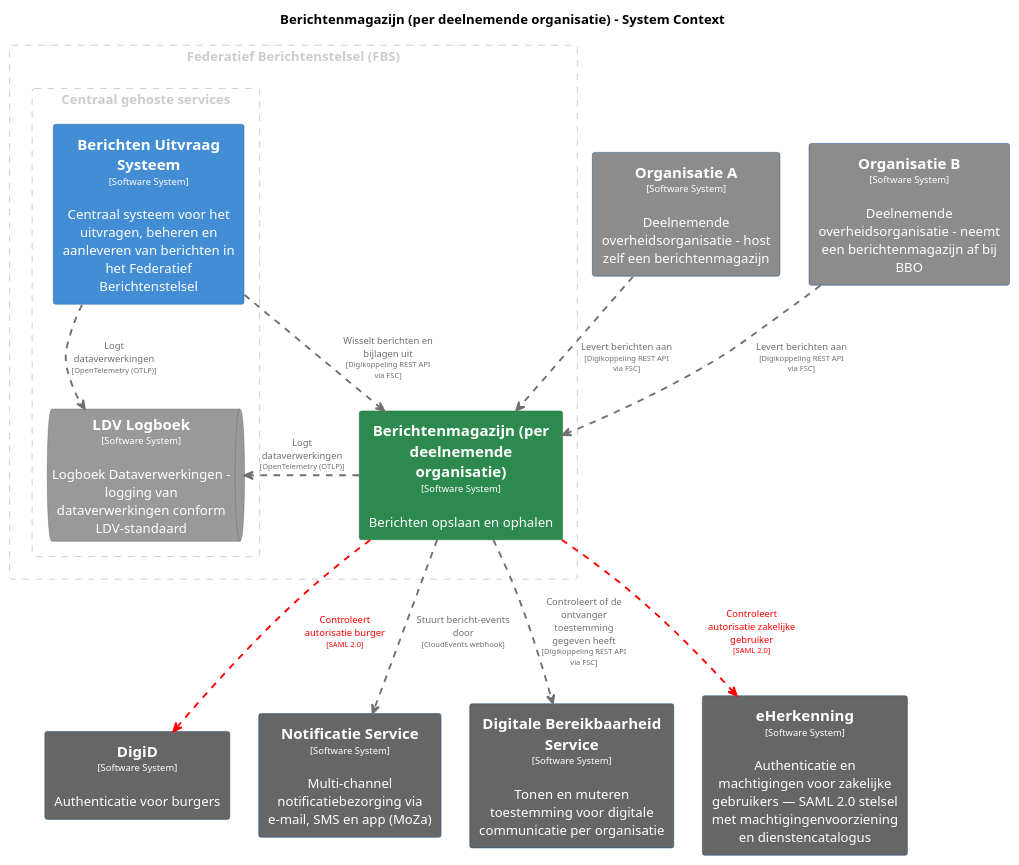
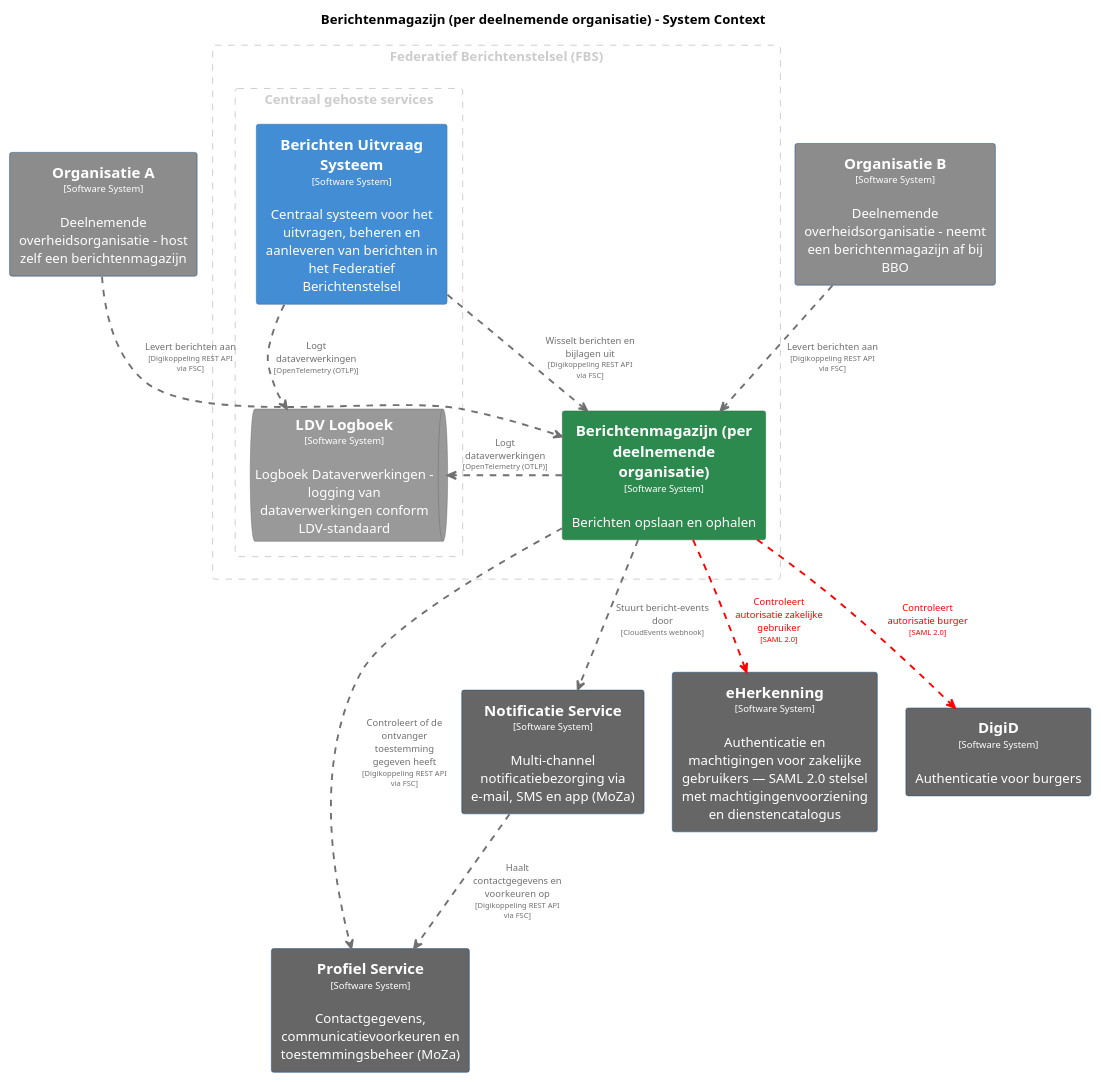
One commit to MinBZK/moza-poc-fbs-berichtenbox changed the diagram in pr-preview/pr-22/master/puml/Berichtenmagazijn.puml. Above: the diagram before and after it, drawn with PlantUML. The commit also changed 35 other files, not shown here.

```diff
--- a/pr-preview/pr-22/master/puml/Berichtenmagazijn.puml
+++ b/pr-preview/pr-22/master/puml/Berichtenmagazijn.puml
@@ -1,106 +1,107 @@
 @startuml
 set separator none
 title Berichtenmagazijn (per deelnemende organisatie) - System Context
 
 top to bottom direction
 skinparam ranksep 60
 skinparam nodesep 30
 
 skinparam {
   arrowFontSize 10
   defaultTextAlignment center
   wrapWidth 200
   maxMessageSize 100
 }
 
 hide stereotype
 
 skinparam rectangle<<BerichtenUitvraagSysteem>> {
   BackgroundColor #438dd5
   FontColor #ffffff
   BorderColor #2e6295
   shadowing false
 }
 skinparam rectangle<<Berichtenmagazijnperdeelnemendeorganisatie>> {
   BackgroundColor #2d8a4e
   FontColor #ffffff
   BorderColor #1e6b38
   shadowing false
 }
 skinparam rectangle<<DigiD>> {
   BackgroundColor #666666
   FontColor #ffffff
   BorderColor #0b4884
   shadowing false
 }
-skinparam rectangle<<DigitaleBereikbaarheidService>> {
-  BackgroundColor #666666
-  FontColor #ffffff
-  BorderColor #0b4884
-  shadowing false
-}
 skinparam queue<<LDVLogboek>> {
   BackgroundColor #999999
   FontColor #ffffff
   BorderColor #6b6b6b
   shadowing false
 }
 skinparam rectangle<<NotificatieService>> {
   BackgroundColor #666666
   FontColor #ffffff
   BorderColor #0b4884
   shadowing false
 }
 skinparam rectangle<<OrganisatieA>> {
   BackgroundColor #8c8c8c
   FontColor #ffffff
   BorderColor #0b4884
   shadowing false
 }
 skinparam rectangle<<OrganisatieB>> {
   BackgroundColor #8c8c8c
+  FontColor #ffffff
+  BorderColor #0b4884
+  shadowing false
+}
+skinparam rectangle<<ProfielService>> {
+  BackgroundColor #666666
   FontColor #ffffff
   BorderColor #0b4884
   shadowing false
 }
 skinparam rectangle<<eHerkenning>> {
   BackgroundColor #666666
   FontColor #ffffff
   BorderColor #0b4884
   shadowing false
 }
 
 rectangle "Federatief Berichtenstelsel (FBS)" <<group1>> as group1 {
   skinparam RectangleBorderColor<<group1>> #cccccc
   skinparam RectangleFontColor<<group1>> #cccccc
   skinparam RectangleBorderStyle<<group1>> dashed
 
   rectangle "==Berichtenmagazijn (per deelnemende organisatie)\n<size:10>[Software System]</size>\n\nBerichten opslaan en ophalen" <<Berichtenmagazijnperdeelnemendeorganisatie>> as Berichtenmagazijnperdeelnemendeorganisatie
     rectangle "Centraal gehoste services" <<group2>> as group2 {
       skinparam RectangleBorderColor<<group2>> #cccccc
       skinparam RectangleFontColor<<group2>> #cccccc
       skinparam RectangleBorderStyle<<group2>> dashed
 
       rectangle "==Berichten Uitvraag Systeem\n<size:10>[Software System]</size>\n\nCentraal systeem voor het uitvragen, beheren en aanleveren van berichten in het Federatief Berichtenstelsel" <<BerichtenUitvraagSysteem>> as BerichtenUitvraagSysteem
       queue "==LDV Logboek\n<size:10>[Software System]</size>\n\nLogboek Dataverwerkingen - logging van dataverwerkingen conform LDV-standaard" <<LDVLogboek>> as LDVLogboek
     }
 
 }
 
-rectangle "==DigiD\n<size:10>[Software System]</size>\n\nAuthenticatie voor burgers" <<DigiD>> as DigiD
 rectangle "==Organisatie A\n<size:10>[Software System]</size>\n\nDeelnemende overheidsorganisatie - host zelf een berichtenmagazijn" <<OrganisatieA>> as OrganisatieA
 rectangle "==Organisatie B\n<size:10>[Software System]</size>\n\nDeelnemende overheidsorganisatie - neemt een berichtenmagazijn af bij BBO" <<OrganisatieB>> as OrganisatieB
+rectangle "==Profiel Service\n<size:10>[Software System]</size>\n\nContactgegevens, communicatievoorkeuren en toestemmingsbeheer (MoZa)" <<ProfielService>> as ProfielService
 rectangle "==Notificatie Service\n<size:10>[Software System]</size>\n\nMulti-channel notificatiebezorging via e-mail, SMS en app (MoZa)" <<NotificatieService>> as NotificatieService
-rectangle "==Digitale Bereikbaarheid Service\n<size:10>[Software System]</size>\n\nTonen en muteren toestemming voor digitale communicatie per organisatie" <<DigitaleBereikbaarheidService>> as DigitaleBereikbaarheidService
 rectangle "==eHerkenning\n<size:10>[Software System]</size>\n\nAuthenticatie en machtigingen voor zakelijke gebruikers — SAML 2.0 stelsel met machtigingenvoorziening en dienstencatalogus" <<eHerkenning>> as eHerkenning
+rectangle "==DigiD\n<size:10>[Software System]</size>\n\nAuthenticatie voor burgers" <<DigiD>> as DigiD
 
 Berichtenmagazijnperdeelnemendeorganisatie .[#ff0000,thickness=2].> DigiD : "<color:#ff0000>Controleert autorisatie burger\n<color:#ff0000><size:8>[SAML 2.0]</size>"
 Berichtenmagazijnperdeelnemendeorganisatie .[#707070,thickness=2].> LDVLogboek : "<color:#707070>Logt dataverwerkingen\n<color:#707070><size:8>[OpenTelemetry (OTLP)]</size>"
 BerichtenUitvraagSysteem .[#707070,thickness=2].> LDVLogboek : "<color:#707070>Logt dataverwerkingen\n<color:#707070><size:8>[OpenTelemetry (OTLP)]</size>"
 BerichtenUitvraagSysteem .[#707070,thickness=2].> Berichtenmagazijnperdeelnemendeorganisatie : "<color:#707070>Wisselt berichten en bijlagen uit\n<color:#707070><size:8>[Digikoppeling REST API via FSC]</size>"
 Berichtenmagazijnperdeelnemendeorganisatie .[#707070,thickness=2].> NotificatieService : "<color:#707070>Stuurt bericht-events door\n<color:#707070><size:8>[CloudEvents webhook]</size>"
+NotificatieService .[#707070,thickness=2].> ProfielService : "<color:#707070>Haalt contactgegevens en voorkeuren op\n<color:#707070><size:8>[Digikoppeling REST API via FSC]</size>"
 OrganisatieA .[#707070,thickness=2].> Berichtenmagazijnperdeelnemendeorganisatie : "<color:#707070>Levert berichten aan\n<color:#707070><size:8>[Digikoppeling REST API via FSC]</size>"
 OrganisatieB .[#707070,thickness=2].> Berichtenmagazijnperdeelnemendeorganisatie : "<color:#707070>Levert berichten aan\n<color:#707070><size:8>[Digikoppeling REST API via FSC]</size>"
-Berichtenmagazijnperdeelnemendeorganisatie .[#707070,thickness=2].> DigitaleBereikbaarheidService : "<color:#707070>Controleert of de ontvanger toestemming gegeven heeft\n<color:#707070><size:8>[Digikoppeling REST API via FSC]</size>"
+Berichtenmagazijnperdeelnemendeorganisatie .[#707070,thickness=2].> ProfielService : "<color:#707070>Controleert of de ontvanger toestemming gegeven heeft\n<color:#707070><size:8>[Digikoppeling REST API via FSC]</size>"
 Berichtenmagazijnperdeelnemendeorganisatie .[#ff0000,thickness=2].> eHerkenning : "<color:#ff0000>Controleert autorisatie zakelijke gebruiker\n<color:#ff0000><size:8>[SAML 2.0]</size>"
 @enduml
```
